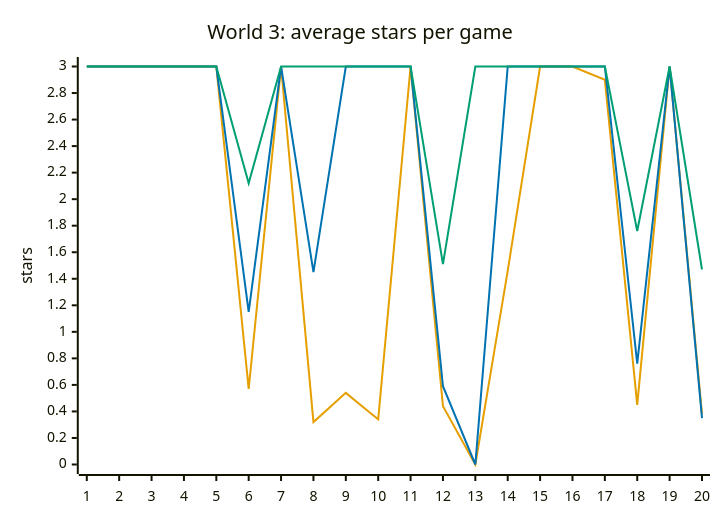
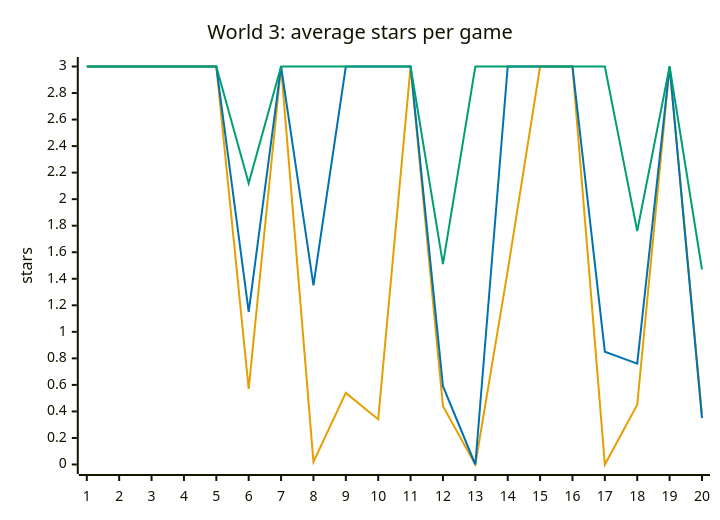
The sixth of 8 diagrams in docs/design/difficulty.md (Pavelya/dots), drawn with Mermaid before and after one commit. The commit also changed other lines of this file and 10 other files, not shown here.

````diff
--- a/docs/design/difficulty.md
+++ b/docs/design/difficulty.md
@@ -206,10 +220,10 @@
 ```mermaid
 %%{init: {"themeVariables": {"xyChart": {"plotColorPalette": "#E69F00, #0072B2, #009E73, #999999"}}}}%%
 xychart-beta
     title "World 3: average stars per game"
     x-axis ["1", "2", "3", "4", "5", "6", "7", "8", "9", "10", "11", "12", "13", "14", "15", "16", "17", "18", "19", "20"]
     y-axis "stars" 0 --> 3
-    line [3.00, 3.00, 3.00, 3.00, 3.00, 0.57, 3.00, 0.32, 0.54, 0.34, 3.00, 0.44, 0.00, 1.46, 3.00, 3.00, 2.90, 0.45, 3.00, 0.38]
-    line [3.00, 3.00, 3.00, 3.00, 3.00, 1.15, 3.00, 1.45, 3.00, 3.00, 3.00, 0.59, 0.00, 3.00, 3.00, 3.00, 3.00, 0.76, 3.00, 0.35]
+    line [3.00, 3.00, 3.00, 3.00, 3.00, 0.57, 3.00, 0.02, 0.54, 0.34, 3.00, 0.44, 0.00, 1.46, 3.00, 3.00, 0.00, 0.45, 3.00, 0.38]
+    line [3.00, 3.00, 3.00, 3.00, 3.00, 1.15, 3.00, 1.35, 3.00, 3.00, 3.00, 0.59, 0.00, 3.00, 3.00, 3.00, 0.85, 0.76, 3.00, 0.35]
     line [3.00, 3.00, 3.00, 3.00, 3.00, 2.12, 3.00, 3.00, 3.00, 3.00, 3.00, 1.51, 3.00, 3.00, 3.00, 3.00, 3.00, 1.76, 3.00, 1.47]
 ```
````
